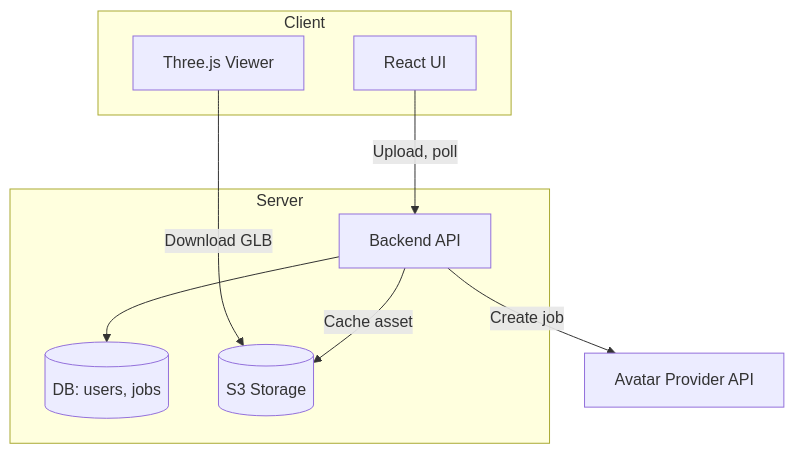
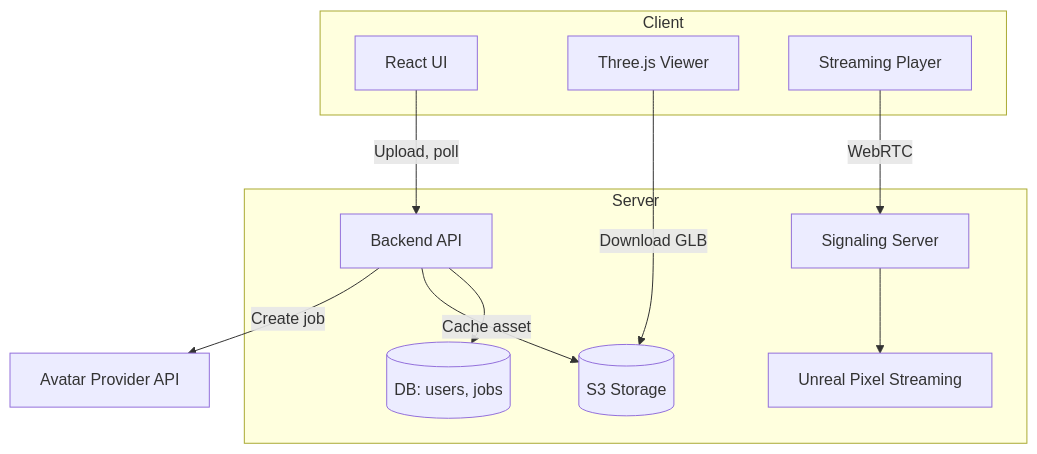
The fourth of 4 diagrams in docs/architecture-and-flows.md (devpeshawari/AI-companion), drawn with Mermaid before and after one commit. The commit also changed other lines of this file and 3 other files, not shown here.

````diff
--- a/docs/architecture-and-flows.md
+++ b/docs/architecture-and-flows.md
@@ -54,19 +71,24 @@
 ```mermaid
 graph TD
   subgraph Client
     A[React UI]
     B[Three.js Viewer]
+    P[Streaming Player]
   end
   subgraph Server
     C[Backend API]
     D[(DB: users, jobs)]
     E[(S3 Storage)]
+    S[Signaling Server]
+    U[Unreal Pixel Streaming]
   end
   F[Avatar Provider API]
 
   A -->|Upload, poll| C
   B -->|Download GLB| E
+  P -->|WebRTC| S
+  S --> U
   C -->|Create job| F
   C -->|Cache asset| E
   C --> D
 ```
````
